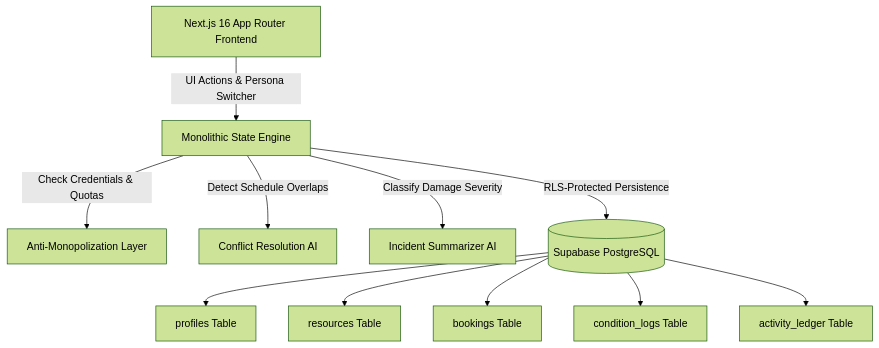
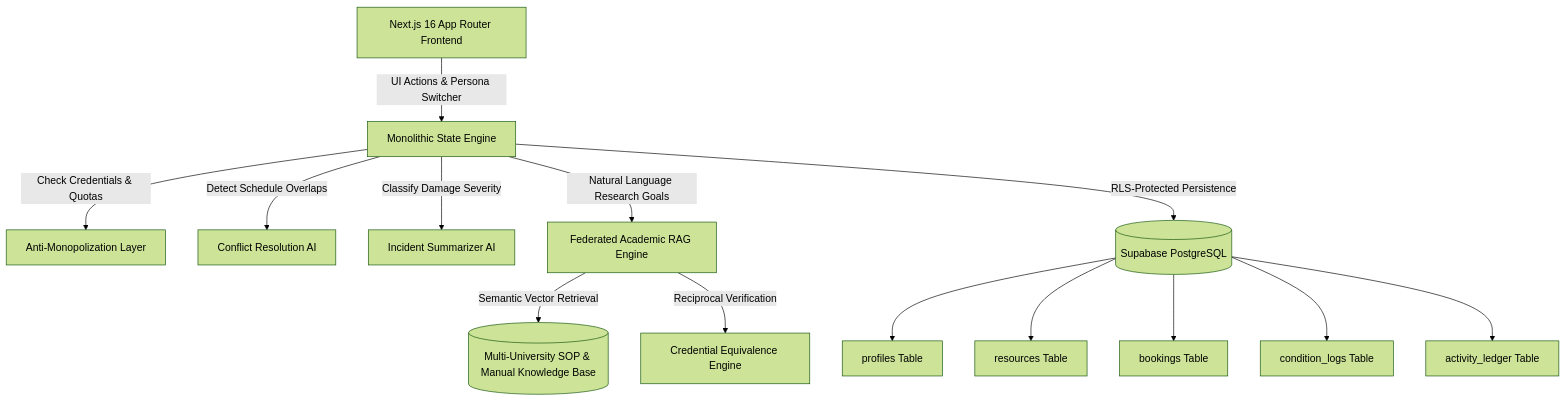
One commit to pgovila/Latent-Lab---Unlock-Underused-Equipment-and-Spaces changed the diagram in README.md. Above: the diagram before and after it, drawn with Mermaid (forest theme). The commit also changed other lines of this file and 8 other files, not shown here.

Commit message:
feat: integrate Cross-Campus Federated RAG Pipeline, add live Vercel URL, and update official PDF

````diff
--- a/README.md
+++ b/README.md
@@ -113,13 +121,16 @@
 ```mermaid
 graph TD
     A[Next.js 16 App Router Frontend] -->|UI Actions & Persona Switcher| B[Monolithic State Engine]
     B -->|Check Credentials & Quotas| C[Anti-Monopolization Layer]
     B -->|Detect Schedule Overlaps| D[Conflict Resolution AI]
     B -->|Classify Damage Severity| E[Incident Summarizer AI]
+    B -->|Natural Language Research Goals| RAG[Federated Academic RAG Engine]
+    RAG -->|Semantic Vector Retrieval| KB[(Multi-University SOP & Manual Knowledge Base)]
+    RAG -->|Reciprocal Verification| CERT[Credential Equivalence Engine]
     B -->|RLS-Protected Persistence| F[(Supabase PostgreSQL)]
     F --> G[profiles Table]
     F --> H[resources Table]
     F --> I[bookings Table]
     F --> J[condition_logs Table]
     F --> K[activity_ledger Table]
 ```
````
